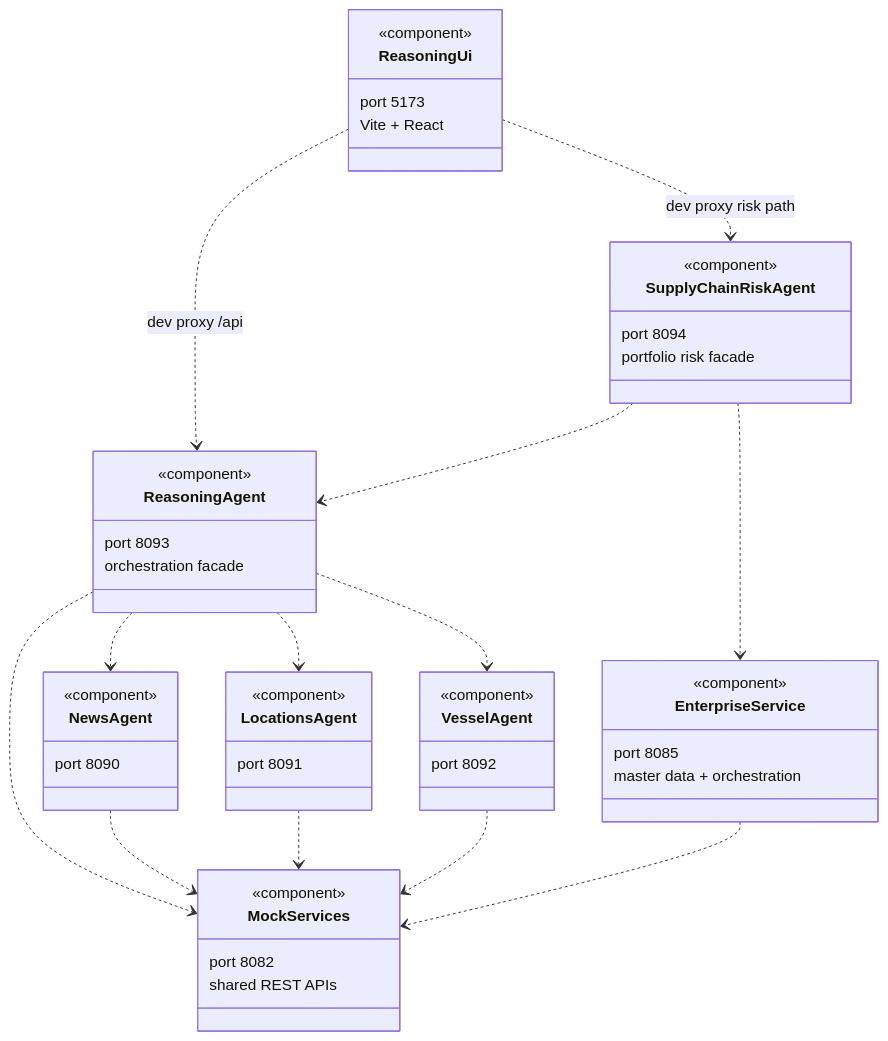
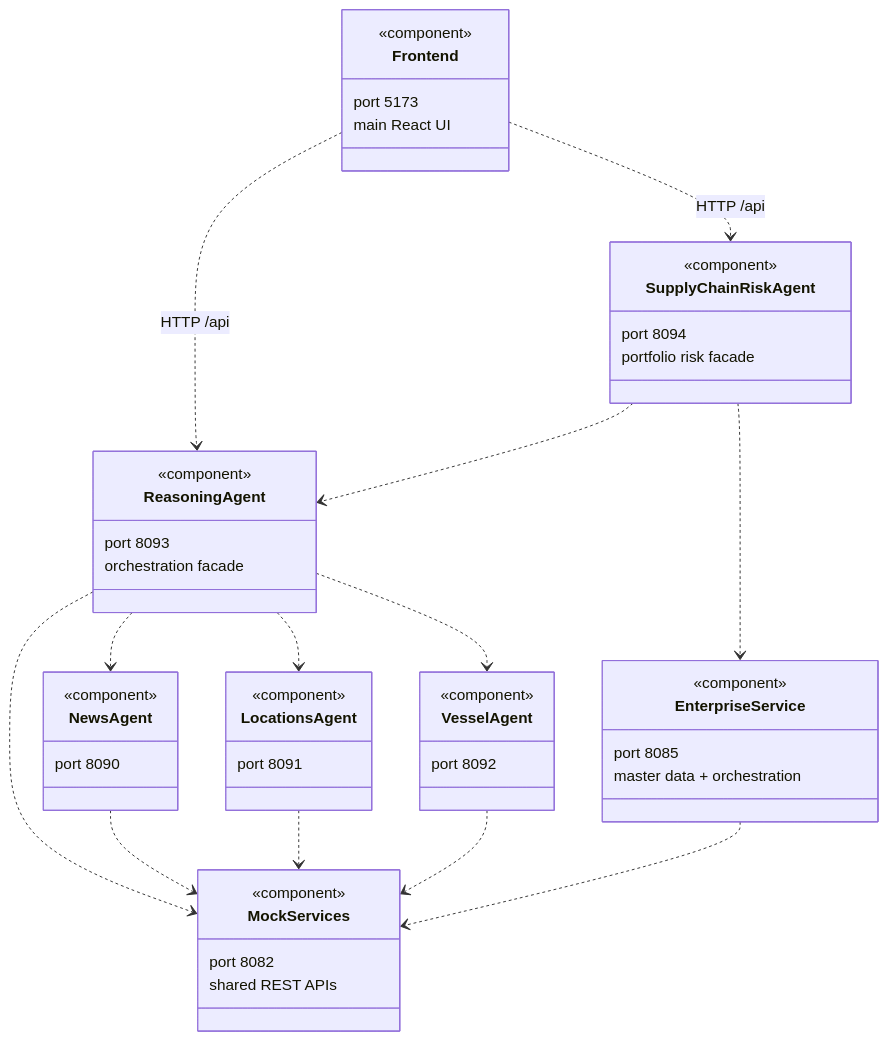
Before and after one commit to balajimurugesan2016/CursorHackathon: the second of 3 diagrams in agents/readme.md, drawn with Mermaid. The commit also changed other lines of this file and 2 other files, not shown here.

First line of the commit message:
docs: frontend as primary UI; reasoning-ui as test harness

````diff
--- a/agents/readme.md
+++ b/agents/readme.md
@@ -54,62 +54,62 @@
 ```mermaid
 classDiagram
   direction TB
 
   class MockServices {
     <<component>>
     port 8082
     shared REST APIs
   }
 
   class EnterpriseService {
     <<component>>
     port 8085
     master data + orchestration
   }
 
   class NewsAgent {
     <<component>>
     port 8090
   }
   class LocationsAgent {
     <<component>>
     port 8091
   }
   class VesselAgent {
     <<component>>
     port 8092
   }
   class ReasoningAgent {
     <<component>>
     port 8093
     orchestration facade
   }
   class SupplyChainRiskAgent {
     <<component>>
     port 8094
     portfolio risk facade
   }
 
-  class ReasoningUi {
+  class Frontend {
     <<component>>
     port 5173
-    Vite + React
+    main React UI
   }
 
-  ReasoningUi ..> ReasoningAgent : dev proxy /api
-  ReasoningUi ..> SupplyChainRiskAgent : dev proxy risk path
+  Frontend ..> ReasoningAgent : HTTP /api
+  Frontend ..> SupplyChainRiskAgent : HTTP /api
 
   ReasoningAgent ..> NewsAgent
   ReasoningAgent ..> LocationsAgent
   ReasoningAgent ..> VesselAgent
   ReasoningAgent ..> MockServices
 
   NewsAgent ..> MockServices
   LocationsAgent ..> MockServices
   VesselAgent ..> MockServices
 
   SupplyChainRiskAgent ..> EnterpriseService
   SupplyChainRiskAgent ..> ReasoningAgent
 
   EnterpriseService ..> MockServices
 ```
````
